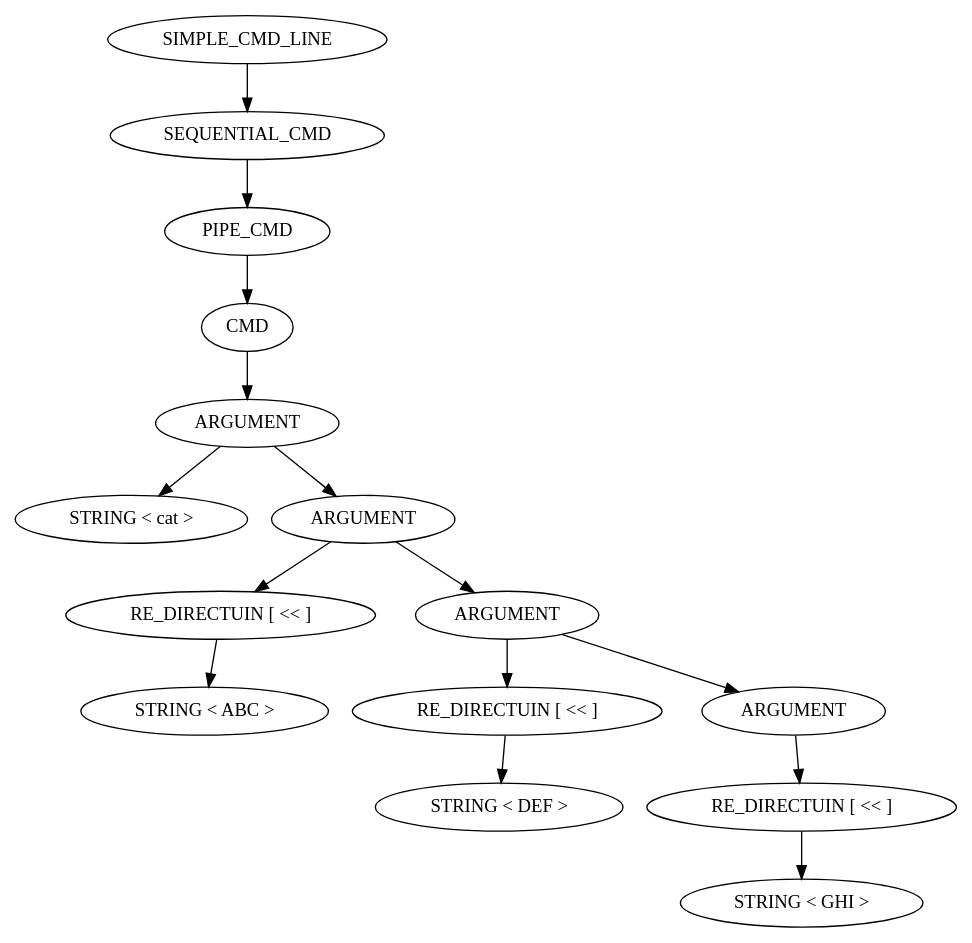
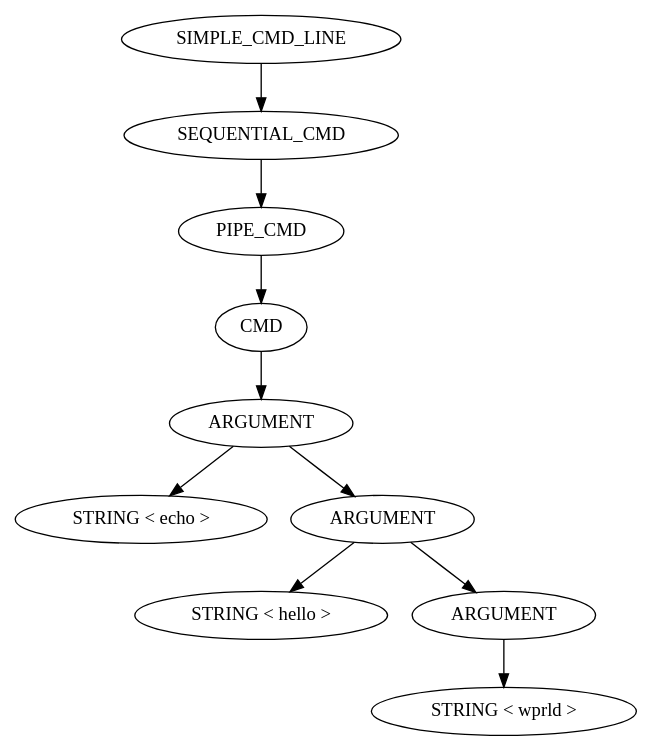
Before and after one commit to Glimbyte/exoshell: the diagram in parser.dot, drawn with Graphviz. The commit also changed 32 other files, not shown here.

```diff
--- a/parser.dot
+++ b/parser.dot
@@ -1,31 +1,21 @@
 digraph PARSER {
-	NODE_0x560b18c57d90 [label="SIMPLE_CMD_LINE\n"];
-	NODE_0x560b18c57d90 -> NODE_0x560b18c57d60
-	NODE_0x560b18c57d60 [label="SEQUENTIAL_CMD\n"];
-	NODE_0x560b18c57d60 -> NODE_0x560b18c57d30
-	NODE_0x560b18c57d30 [label="PIPE_CMD\n"];
-	NODE_0x560b18c57d30 -> NODE_0x560b18c57d00
-	NODE_0x560b18c57d00 [label="CMD\n"];
-	NODE_0x560b18c57d00 -> NODE_0x560b18c57cd0
-	NODE_0x560b18c57cd0 [label="ARGUMENT\n"];
-	NODE_0x560b18c57cd0 -> NODE_0x560b18c3aa30
-	NODE_0x560b18c57cd0 -> NODE_0x560b18c57ca0
-	NODE_0x560b18c3aa30 [label="STRING < cat >\n"];
-	NODE_0x560b18c57ca0 [label="ARGUMENT\n"];
-	NODE_0x560b18c57ca0 -> NODE_0x560b18c3aa60
-	NODE_0x560b18c57ca0 -> NODE_0x560b18c57c70
-	NODE_0x560b18c3aa60 [label="RE_DIRECTUIN [ << ]\n"];
-	NODE_0x560b18c3aa60 -> NODE_0x560b18c3aa90
-	NODE_0x560b18c3aa90 [label="STRING < ABC >\n"];
-	NODE_0x560b18c57c70 [label="ARGUMENT\n"];
-	NODE_0x560b18c57c70 -> NODE_0x560b18c3aac0
-	NODE_0x560b18c57c70 -> NODE_0x560b18c57c40
-	NODE_0x560b18c3aac0 [label="RE_DIRECTUIN [ << ]\n"];
-	NODE_0x560b18c3aac0 -> NODE_0x560b18c3aaf0
-	NODE_0x560b18c3aaf0 [label="STRING < DEF >\n"];
-	NODE_0x560b18c57c40 [label="ARGUMENT\n"];
-	NODE_0x560b18c57c40 -> NODE_0x560b18c57be0
-	NODE_0x560b18c57be0 [label="RE_DIRECTUIN [ << ]\n"];
-	NODE_0x560b18c57be0 -> NODE_0x560b18c57c10
-	NODE_0x560b18c57c10 [label="STRING < GHI >\n"];
+	NODE_0x5646475cac10 [label="SIMPLE_CMD_LINE\n"];
+	NODE_0x5646475cac10 -> NODE_0x5646475cabe0
+	NODE_0x5646475cabe0 [label="SEQUENTIAL_CMD\n"];
+	NODE_0x5646475cabe0 -> NODE_0x5646475adad0
+	NODE_0x5646475adad0 [label="PIPE_CMD\n"];
+	NODE_0x5646475adad0 -> NODE_0x5646475adaa0
+	NODE_0x5646475adaa0 [label="CMD\n"];
+	NODE_0x5646475adaa0 -> NODE_0x5646475ada70
+	NODE_0x5646475ada70 [label="ARGUMENT\n"];
+	NODE_0x5646475ada70 -> NODE_0x5646475ad980
+	NODE_0x5646475ada70 -> NODE_0x5646475ada40
+	NODE_0x5646475ad980 [label="STRING < echo >\n"];
+	NODE_0x5646475ada40 [label="ARGUMENT\n"];
+	NODE_0x5646475ada40 -> NODE_0x5646475ad9b0
+	NODE_0x5646475ada40 -> NODE_0x5646475ada10
+	NODE_0x5646475ad9b0 [label="STRING < hello >\n"];
+	NODE_0x5646475ada10 [label="ARGUMENT\n"];
+	NODE_0x5646475ada10 -> NODE_0x5646475ad9e0
+	NODE_0x5646475ad9e0 [label="STRING < wprld >\n"];
 }
```
